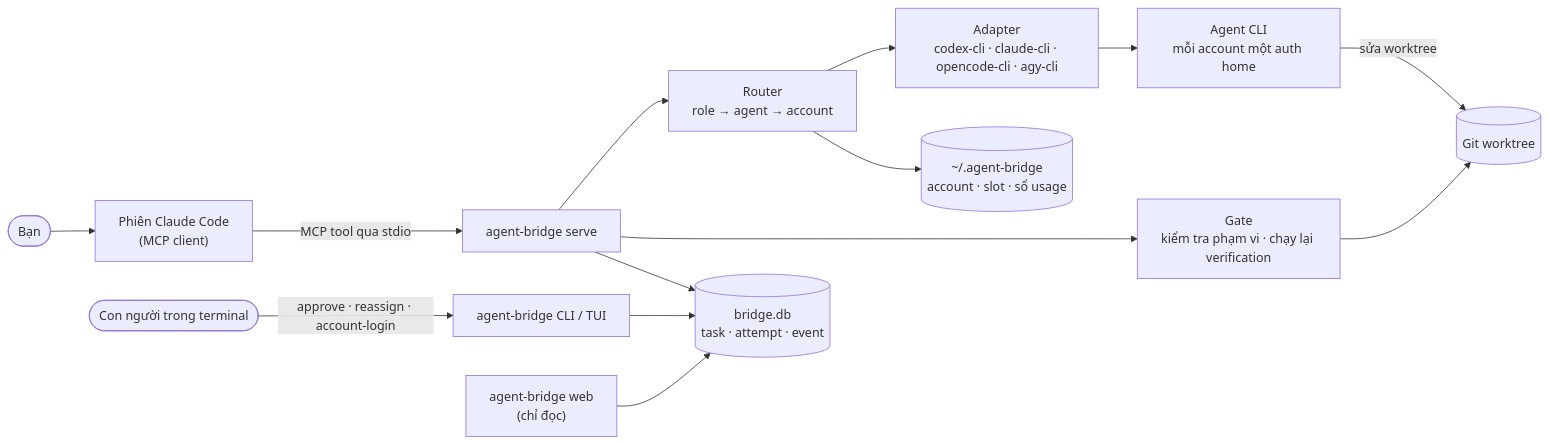
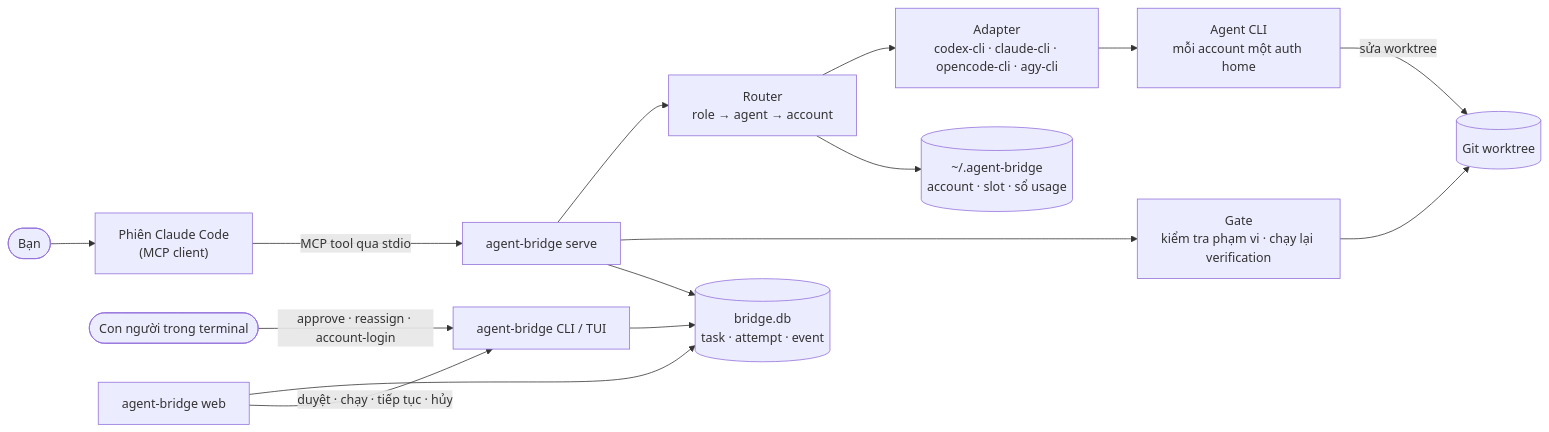
One commit to leetuanbmt/agent-orchestration-kit changed the first of 2 diagrams in README.vi.md. Above: the diagram before and after it, drawn with Mermaid. The commit also changed other lines of this file and 15 other files, not shown here.

````diff
--- a/README.vi.md
+++ b/README.vi.md
@@ -139,16 +139,17 @@
 ```mermaid
 flowchart LR
     you(["Bạn"]) --> cc["Phiên Claude Code<br/>(MCP client)"]
     cc -- "MCP tool qua stdio" --> bridge["agent-bridge serve"]
     human(["Con người trong terminal"]) -- "approve · reassign · account-login" --> cli["agent-bridge CLI / TUI"]
     bridge --> router["Router<br/>role → agent → account"]
     router --> adapters["Adapter<br/>codex-cli · claude-cli · opencode-cli · agy-cli"]
     adapters --> agents["Agent CLI<br/>mỗi account một auth home"]
     agents -- "sửa worktree" --> repo[("Git worktree")]
     bridge --> gates["Gate<br/>kiểm tra phạm vi · chạy lại verification"]
     gates --> repo
     bridge --> db[("bridge.db<br/>task · attempt · event")]
     router --> acct[("~/.agent-bridge<br/>account · slot · sổ usage")]
     cli --> db
-    web["agent-bridge web<br/>(chỉ đọc)"] --> db
+    web["agent-bridge web"] --> db
+    web -- "duyệt · chạy · tiếp tục · hủy" --> cli
 ```
````
